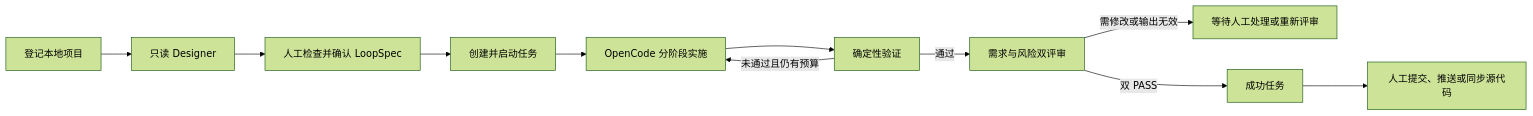
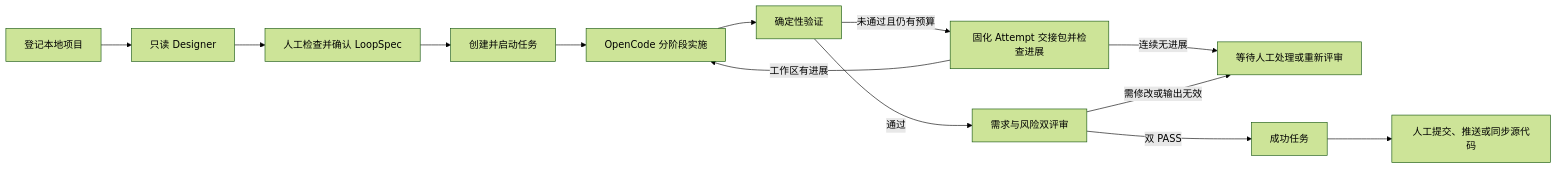
One commit to wangyufengsky/opencode-loopper changed the diagram in README.md. Above: the diagram before and after it, drawn with Mermaid (forest theme). The commit also changed other lines of this file and 26 other files, not shown here.

````diff
--- a/README.md
+++ b/README.md
@@ -47,13 +48,15 @@
 ```mermaid
 flowchart LR
     A["登记本地项目"] --> B["只读 Designer"]
     B --> C["人工检查并确认 LoopSpec"]
     C --> D["创建并启动任务"]
     D --> E["OpenCode 分阶段实施"]
     E --> F["确定性验证"]
-    F -->|未通过且仍有预算| E
+    F -->|未通过且仍有预算| K["固化 Attempt 交接包并检查进展"]
+    K -->|工作区有进展| E
+    K -->|连续无进展| H
     F -->|通过| G["需求与风险双评审"]
     G -->|需修改或输出无效| H["等待人工处理或重新评审"]
     G -->|双 PASS| I["成功任务"]
     I --> J["人工提交、推送或同步源代码"]
 ```
````
